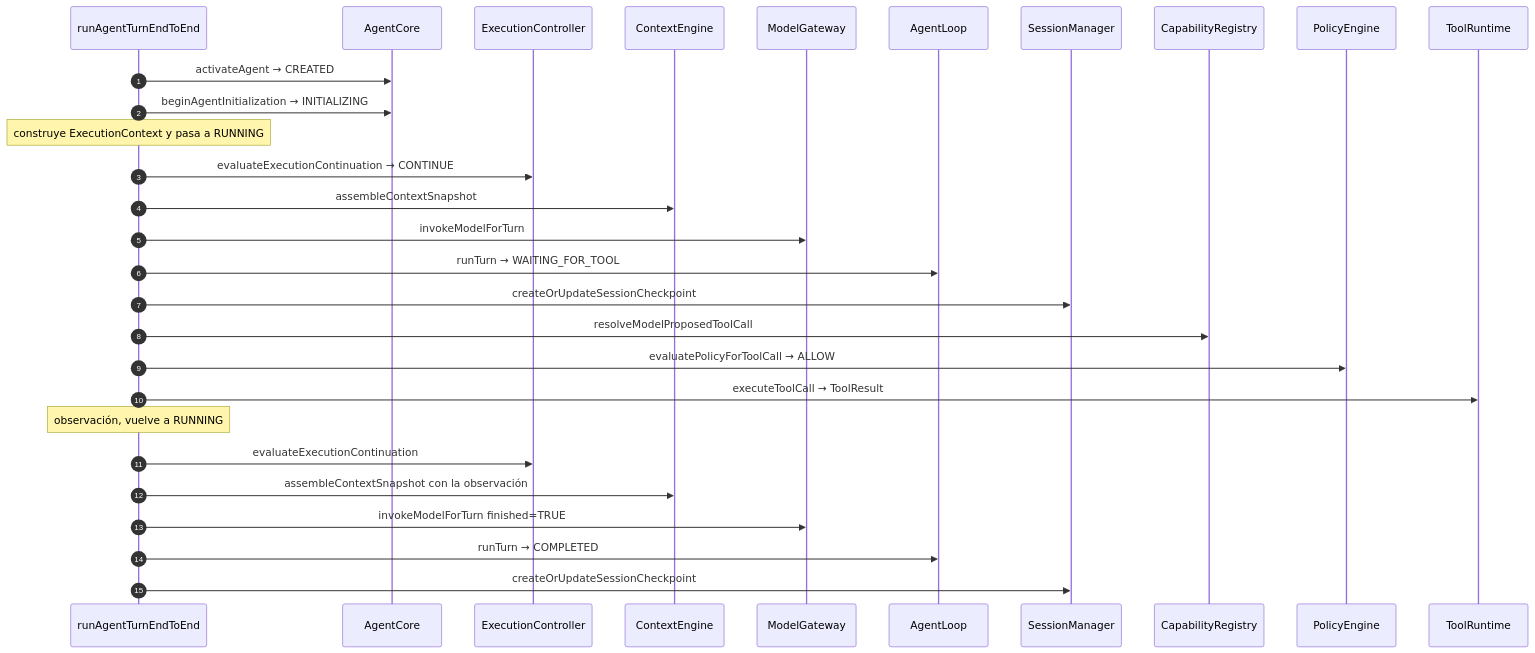
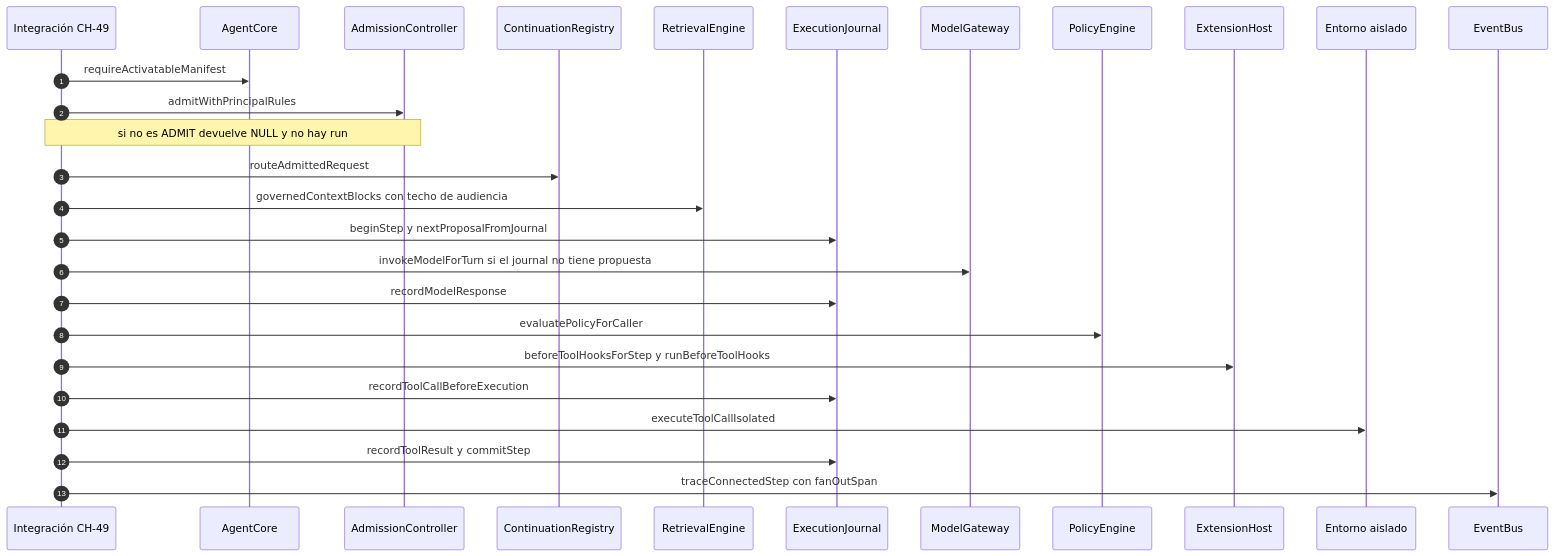
The third of 8 diagrams in docs/diagramas/book-harness/BH-Arquitectura-y-Flujos.md (aaramirez/arnes-ai), drawn with Mermaid before and after one commit. The commit also changed other lines of this file and 52 other files, not shown here.

````diff
--- a/docs/diagramas/book-harness/BH-Arquitectura-y-Flujos.md
+++ b/docs/diagramas/book-harness/BH-Arquitectura-y-Flujos.md
@@ -122,32 +140,30 @@
 ```mermaid
 sequenceDiagram
   autonumber
-  participant F as runAgentTurnEndToEnd
+  participant F as Integración CH-49
   participant AC as AgentCore
-  participant EC as ExecutionController
-  participant CE as ContextEngine
+  participant ADM as AdmissionController
+  participant CNR as ContinuationRegistry
+  participant RE as RetrievalEngine
+  participant EJ as ExecutionJournal
   participant MG as ModelGateway
-  participant AL as AgentLoop
-  participant SM as SessionManager
-  participant CR as CapabilityRegistry
   participant PE as PolicyEngine
-  participant TR as ToolRuntime
+  participant XH as ExtensionHost
+  participant IEE as Entorno aislado
+  participant EB as EventBus
 
-  F->>AC: activateAgent → CREATED
-  F->>AC: beginAgentInitialization → INITIALIZING
-  Note over F: construye ExecutionContext y pasa a RUNNING
-  F->>EC: evaluateExecutionContinuation → CONTINUE
-  F->>CE: assembleContextSnapshot
-  F->>MG: invokeModelForTurn
-  F->>AL: runTurn → WAITING_FOR_TOOL
-  F->>SM: createOrUpdateSessionCheckpoint
-  F->>CR: resolveModelProposedToolCall
-  F->>PE: evaluatePolicyForToolCall → ALLOW
-  F->>TR: executeToolCall → ToolResult
-  Note over F: observación, vuelve a RUNNING
-  F->>EC: evaluateExecutionContinuation
-  F->>CE: assembleContextSnapshot con la observación
-  F->>MG: invokeModelForTurn finished=TRUE
-  F->>AL: runTurn → COMPLETED
-  F->>SM: createOrUpdateSessionCheckpoint
+  F->>AC: requireActivatableManifest
+  F->>ADM: admitWithPrincipalRules
+  Note over F,ADM: si no es ADMIT devuelve NULL y no hay run
+  F->>CNR: routeAdmittedRequest
+  F->>RE: governedContextBlocks con techo de audiencia
+  F->>EJ: beginStep y nextProposalFromJournal
+  F->>MG: invokeModelForTurn si el journal no tiene propuesta
+  F->>EJ: recordModelResponse
+  F->>PE: evaluatePolicyForCaller
+  F->>XH: beforeToolHooksForStep y runBeforeToolHooks
+  F->>EJ: recordToolCallBeforeExecution
+  F->>IEE: executeToolCallIsolated
+  F->>EJ: recordToolResult y commitStep
+  F->>EB: traceConnectedStep con fanOutSpan
 ```
````
